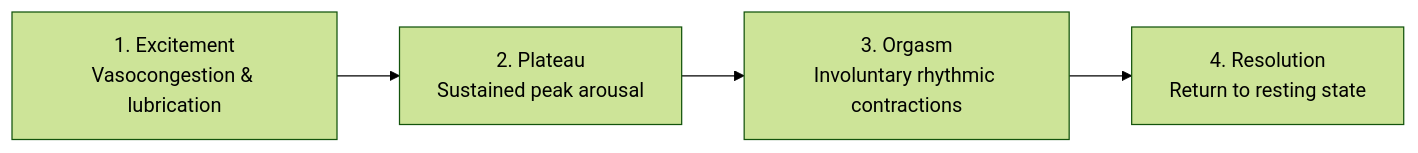
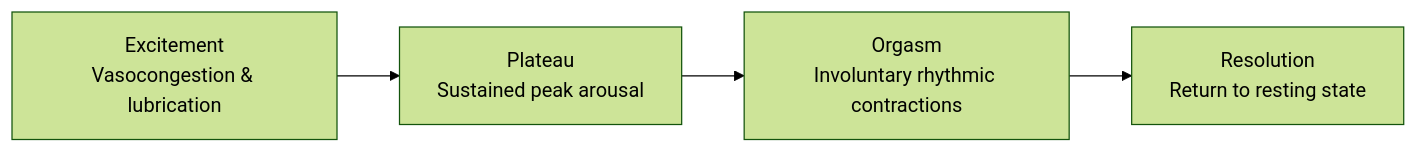
Before and after one commit to aidocmr/learn-bscs: the second of 3 diagrams in content/Year 1/Understanding the Self/8. The Sexual Self.md, drawn with Mermaid (forest theme). The commit also changed 20 other files, not shown here.

First line of the commit message:
fix: Remove markdown lists and numbered prefixes from all Mermaid diagrams

````diff
--- a/content/Year 1/Understanding the Self/8. The Sexual Self.md
+++ b/content/Year 1/Understanding the Self/8. The Sexual Self.md
@@ -39,6 +39,6 @@
 ```mermaid
 flowchart LR
-    E["1. Excitement<br/>Vasocongestion & lubrication"] --> P["2. Plateau<br/>Sustained peak arousal"]
-    P --> O["3. Orgasm<br/>Involuntary rhythmic contractions"]
-    O --> R["4. Resolution<br/>Return to resting state"]
+    E["Excitement<br/>Vasocongestion & lubrication"] --> P["Plateau<br/>Sustained peak arousal"]
+    P --> O["Orgasm<br/>Involuntary rhythmic contractions"]
+    O --> R["Resolution<br/>Return to resting state"]
 ```
````
